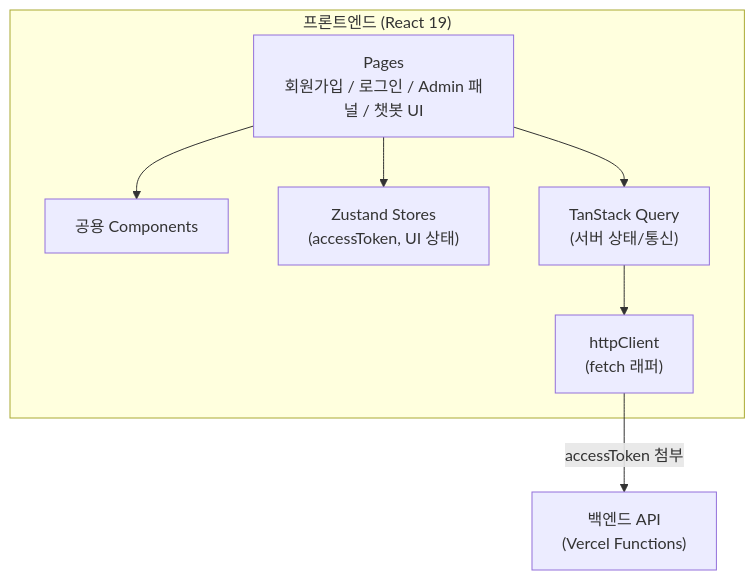
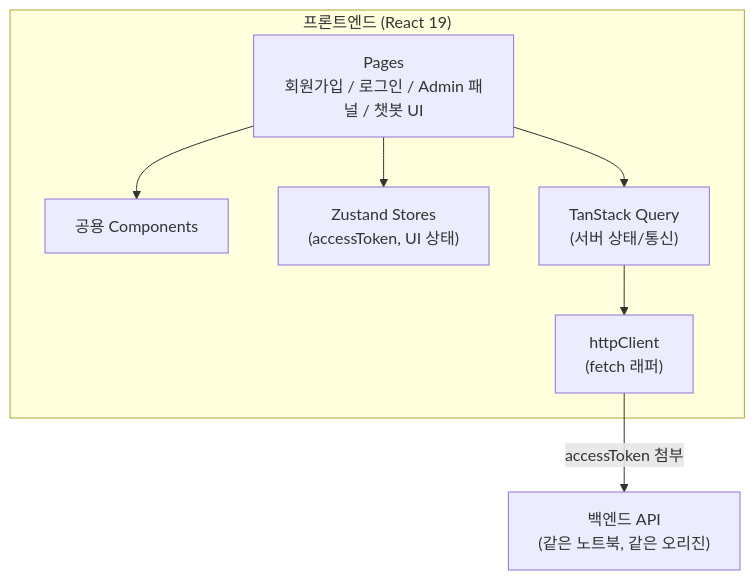
The third of 3 diagrams in docs/6-arch-diagram.md (jiil89/cjfw-vbcd), drawn with Mermaid before and after one commit. The commit also changed other lines of this file and 12 other files, not shown here.

````diff
--- a/docs/6-arch-diagram.md
+++ b/docs/6-arch-diagram.md
@@ -54,17 +63,17 @@
 ```mermaid
 flowchart TD
     subgraph FE["프론트엔드 (React 19)"]
         Pages["Pages<br/>회원가입 / 로그인 / Admin 패널 / 챗봇 UI"]
         Components["공용 Components"]
         Stores["Zustand Stores<br/>(accessToken, UI 상태)"]
         Queries["TanStack Query<br/>(서버 상태/통신)"]
         Http["httpClient<br/>(fetch 래퍼)"]
     end
-    BackendAPI["백엔드 API<br/>(Vercel Functions)"]
+    BackendAPI["백엔드 API<br/>(같은 노트북, 같은 오리진)"]
 
     Pages --> Components
     Pages --> Stores
     Pages --> Queries
     Queries --> Http
     Http -->|"accessToken 첨부"| BackendAPI
 ```
````
